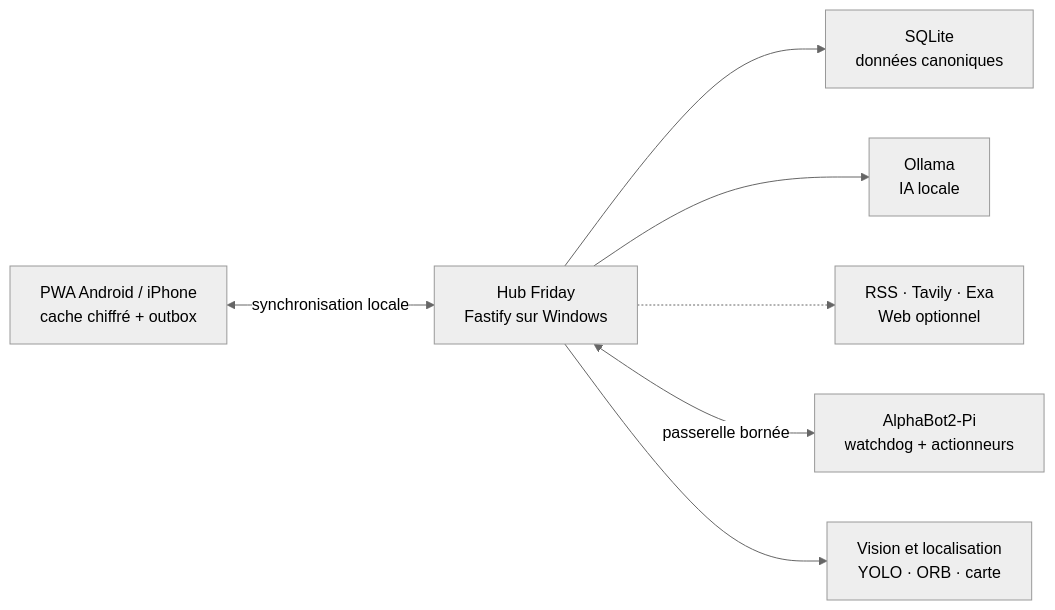
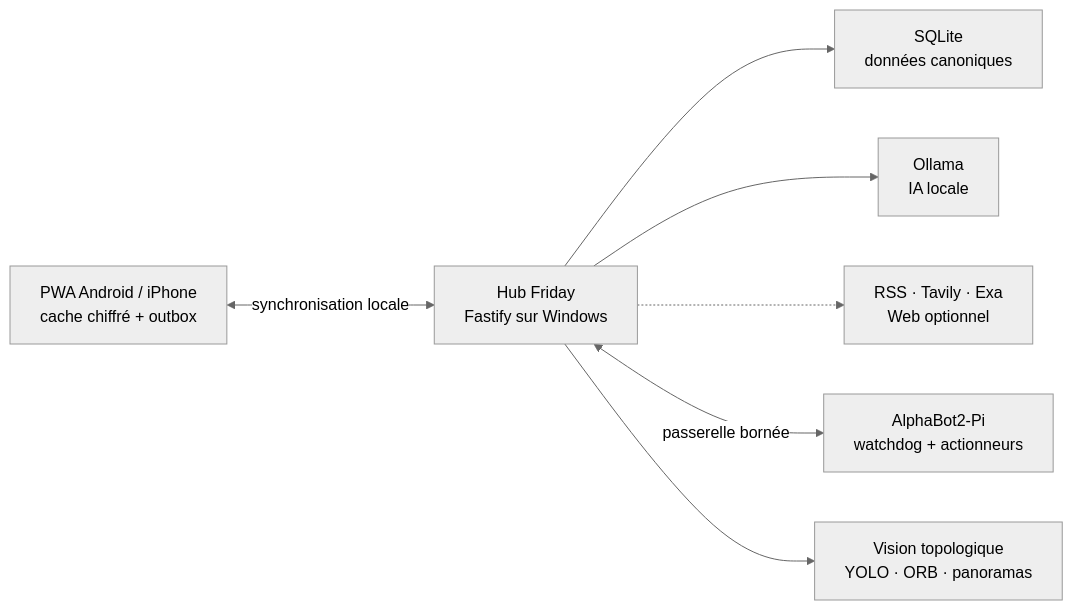
Before and after one commit to Sharpsou/friday: the diagram in README.md, drawn with Mermaid (neutral theme). The commit also changed other lines of this file and 94 other files, not shown here.

````diff
--- a/README.md
+++ b/README.md
@@ -48,9 +48,9 @@
 ```mermaid
 flowchart LR
     A["PWA Android / iPhone\ncache chiffré + outbox"] <-->|"synchronisation locale"| H["Hub Friday\nFastify sur Windows"]
     H --> D["SQLite\ndonnées canoniques"]
     H --> O["Ollama\nIA locale"]
     H -.-> W["RSS · Tavily · Exa\nWeb optionnel"]
     H <-->|"passerelle bornée"| R["AlphaBot2-Pi\nwatchdog + actionneurs"]
-    H --> V["Vision et localisation\nYOLO · ORB · carte"]
+    H --> V["Vision topologique\nYOLO · ORB · panoramas"]
 ```
````
